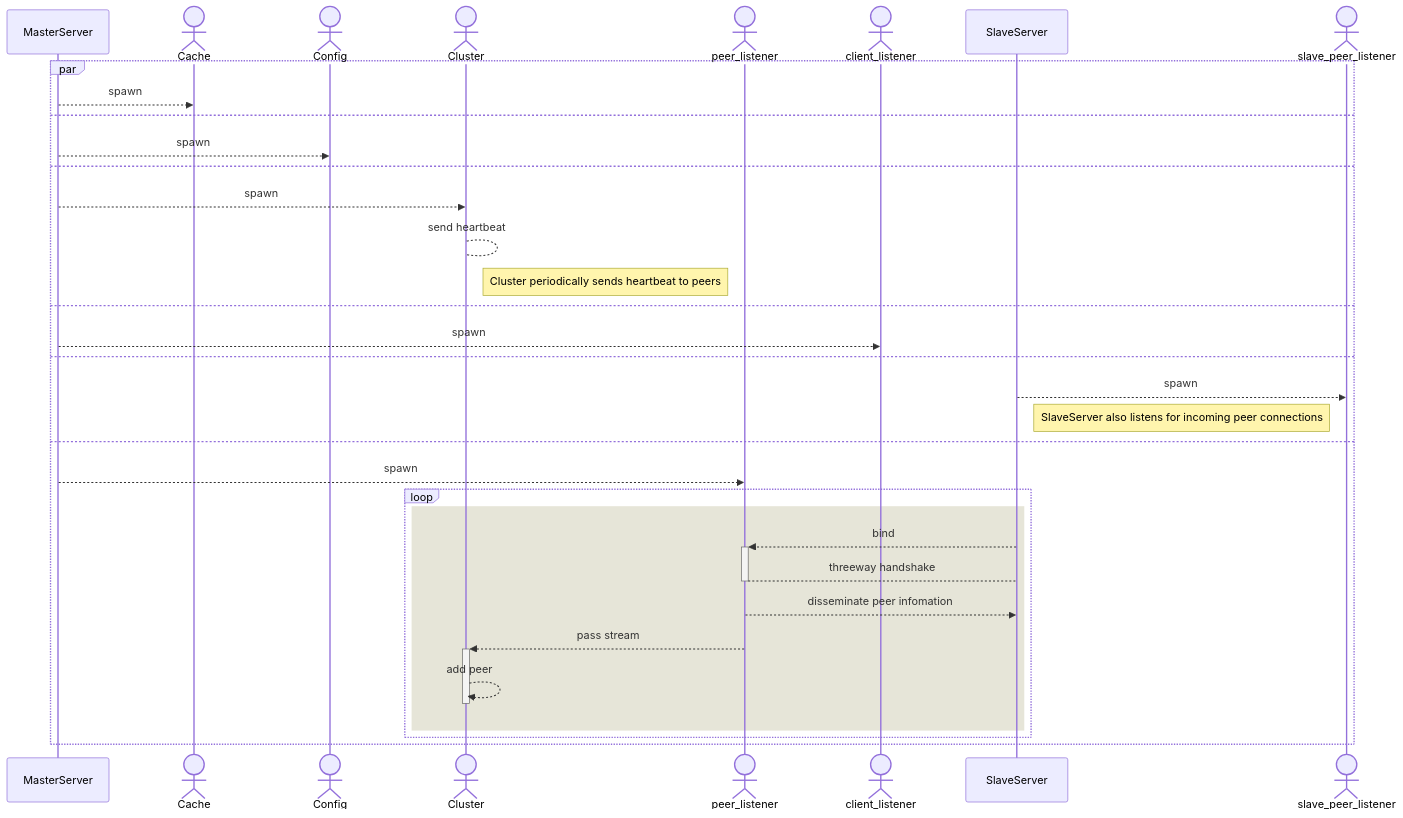
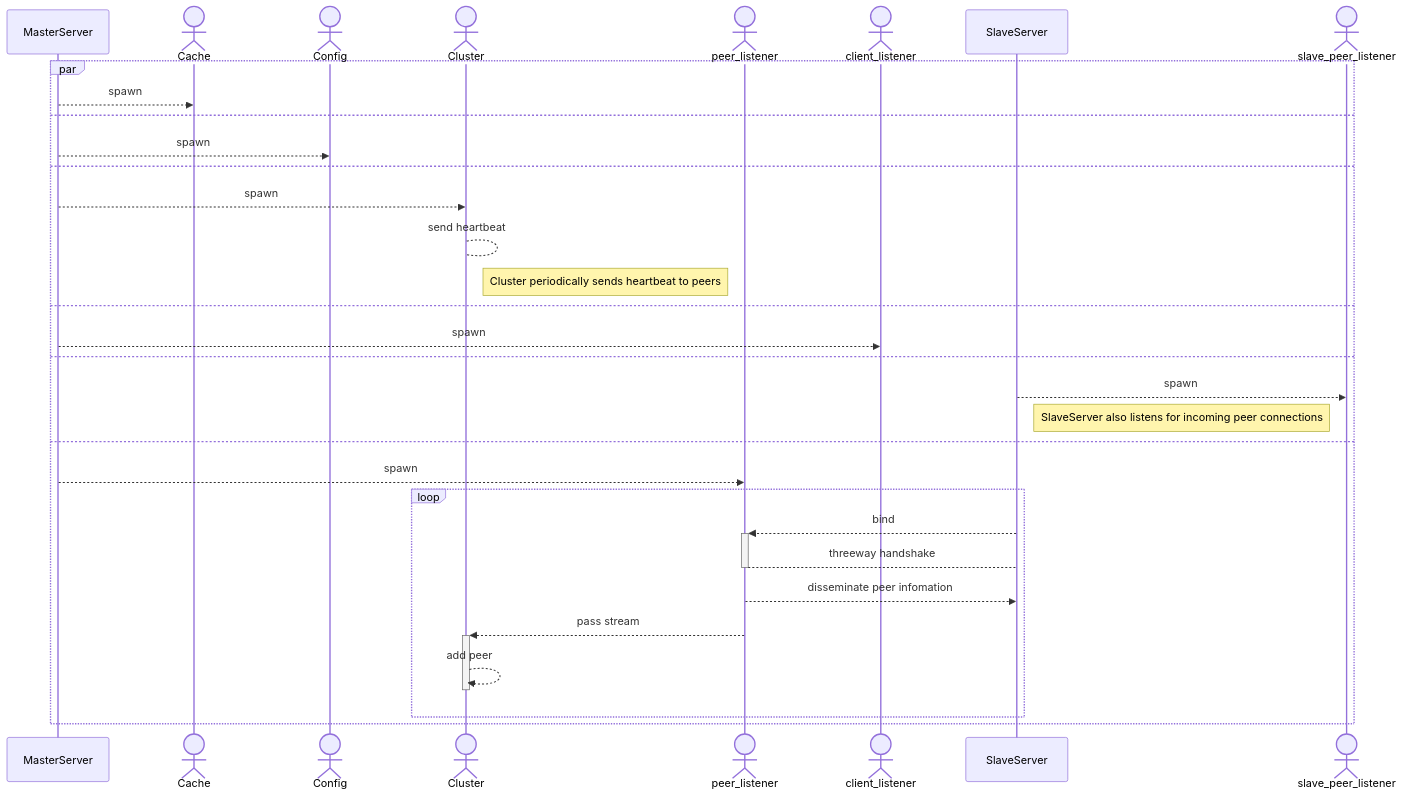
Before and after one commit to Migorithm/duva: the second of 2 diagrams in README.md, drawn with Mermaid. The commit also changed 1 other file, not shown here.

Commit message:
color deleted

````diff
--- a/README.md
+++ b/README.md
@@ -76,50 +76,50 @@
 ```mermaid
 
 sequenceDiagram
     participant s as MasterServer
     
     
     actor Cache
     actor Config
     actor Cluster
     actor peer_listener
     
     actor client_listener
     participant SlaveServer
     actor slave_peer_listener
 
     par 
         s-->>Cache: spawn
     and 
         s-->>Config: spawn
     and 
         s-->>Cluster: spawn
         Cluster --> Cluster : send heartbeat
         Note right of Cluster : Cluster periodically sends heartbeat to peers 
     and
         s -->>client_listener:spawn
         
     and 
         SlaveServer -->> slave_peer_listener: spawn 
         Note right of SlaveServer : SlaveServer also listens for incoming peer connections
     and 
     
 
         
         s-->>peer_listener: spawn
         
         loop 
-            rect rgb(230, 229, 216)
-                SlaveServer -->>+ peer_listener: bind 
-                peer_listener -->- SlaveServer: threeway handshake
-                peer_listener -->> SlaveServer : disseminate peer infomation
-                peer_listener -->>+ Cluster : pass stream
-                Cluster -->>- Cluster : add peer
+        
+            SlaveServer -->>+ peer_listener: bind 
+            peer_listener -->- SlaveServer: threeway handshake
+            peer_listener -->> SlaveServer : disseminate peer infomation
+            peer_listener -->>+ Cluster : pass stream
+            Cluster -->>- Cluster : add peer
 
-            end
+        
         end
         
   
     end
 
 ```
````
